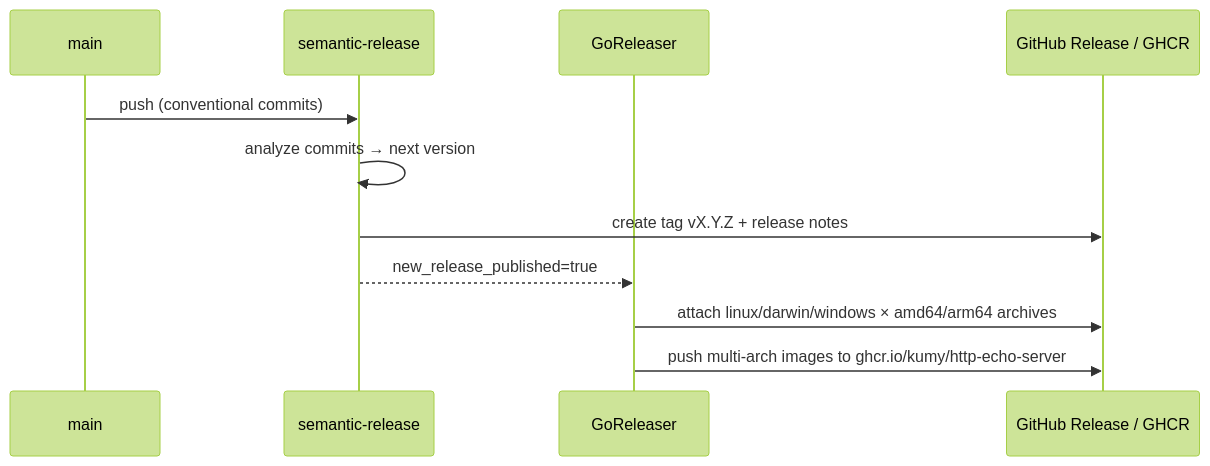
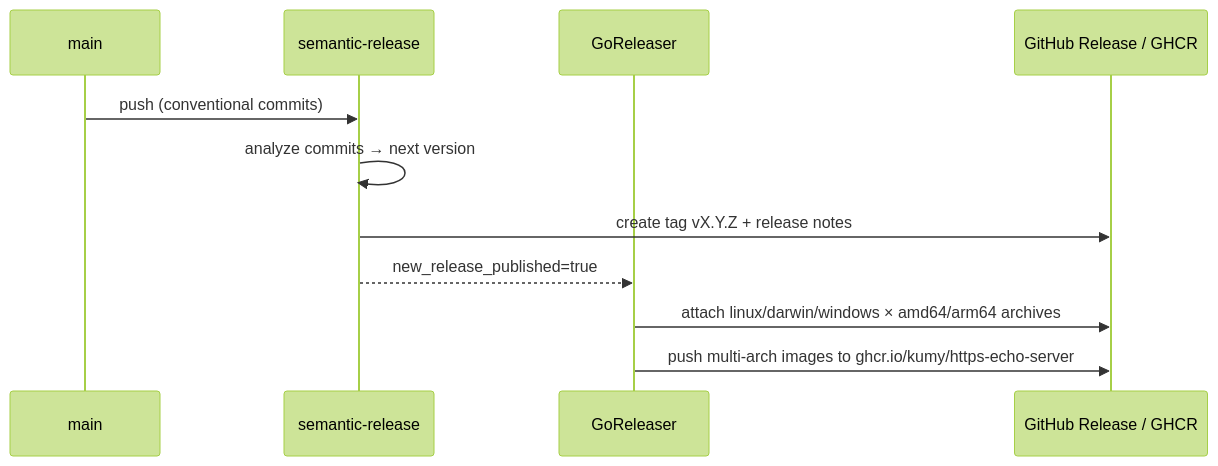
The diagram in docs/development.md (kumy/http-echo-server), drawn with Mermaid (forest theme) before and after one commit. The commit also changed other lines of this file and 26 other files, not shown here.

````diff
--- a/docs/development.md
+++ b/docs/development.md
@@ -45,13 +45,13 @@
 ```mermaid
 sequenceDiagram
     participant M as main
     participant SR as semantic-release
     participant GR as GoReleaser
     participant GH as GitHub Release / GHCR
     M->>SR: push (conventional commits)
     SR->>SR: analyze commits → next version
     SR->>GH: create tag vX.Y.Z + release notes
     SR-->>GR: new_release_published=true
     GR->>GH: attach linux/darwin/windows × amd64/arm64 archives
-    GR->>GH: push multi-arch images to ghcr.io/kumy/http-echo-server
+    GR->>GH: push multi-arch images to ghcr.io/kumy/https-echo-server
 ```
````
